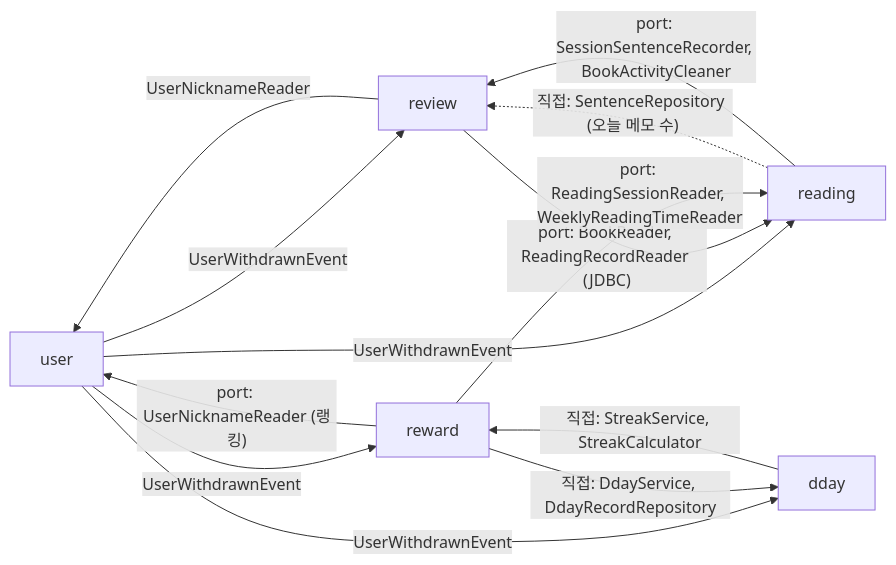
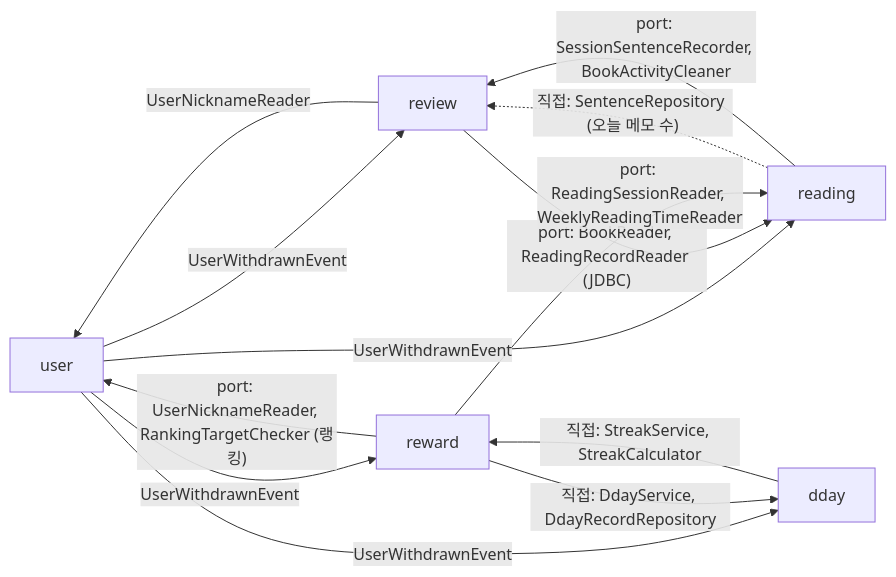
Before and after one commit to soo123123/chaekdami: the second of 2 diagrams in docs/architecture.md, drawn with Mermaid. The commit also changed other lines of this file and 16 other files, not shown here.

````diff
--- a/docs/architecture.md
+++ b/docs/architecture.md
@@ -48,12 +48,12 @@
 ```mermaid
 flowchart LR
   user -- "UserWithdrawnEvent" --> review & reward & dday & reading
   review -- "port: BookReader, ReadingRecordReader (JDBC)" --> reading
   review -- "UserNicknameReader" --> user
   reward -- "port: ReadingSessionReader, WeeklyReadingTimeReader" --> reading
-  reward -- "port: UserNicknameReader (랭킹)" --> user
+  reward -- "port: UserNicknameReader, RankingTargetChecker (랭킹)" --> user
   reward -- "직접: DdayService, DdayRecordRepository" --> dday
   dday -- "직접: StreakService, StreakCalculator" --> reward
   reading -. "직접: SentenceRepository (오늘 메모 수)" .-> review
   reading -- "port: SessionSentenceRecorder, BookActivityCleaner" --> review
 ```
````
